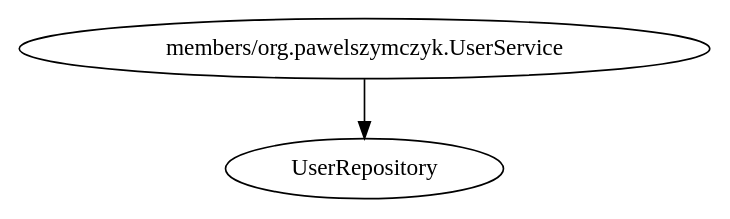
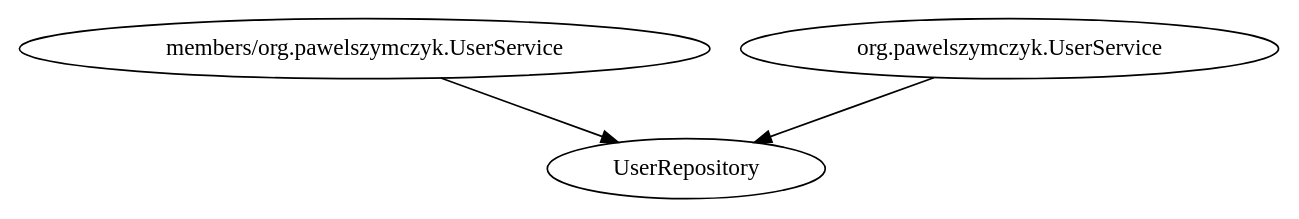
The diagram in dagger/build/classes/main/org/pawelszymczyk/MainModule.dot (pawelszymczyk/ioc-containers-overview), drawn with Graphviz before and after one commit. The commit also changed 2 other files, not shown here.

```diff
--- a/dagger/build/classes/main/org/pawelszymczyk/MainModule.dot
+++ b/dagger/build/classes/main/org/pawelszymczyk/MainModule.dot
@@ -1,5 +1,7 @@
 digraph G1 {
   concentrate = true;
   n2 [label="members/org.pawelszymczyk.UserService"];
   n2 -> UserRepository;
+  n3 [label="org.pawelszymczyk.UserService"];
+  n3 -> UserRepository;
 }
```
